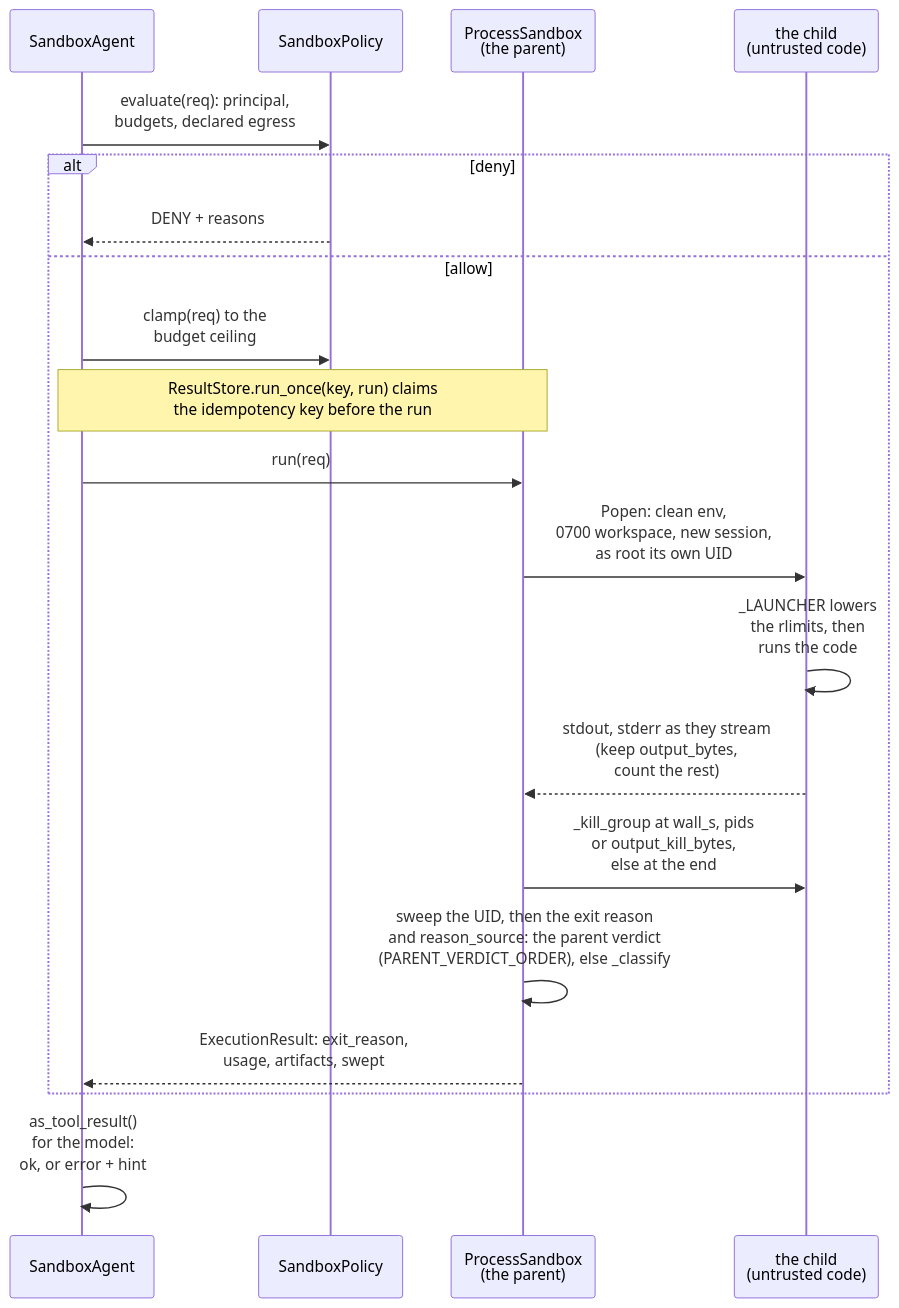
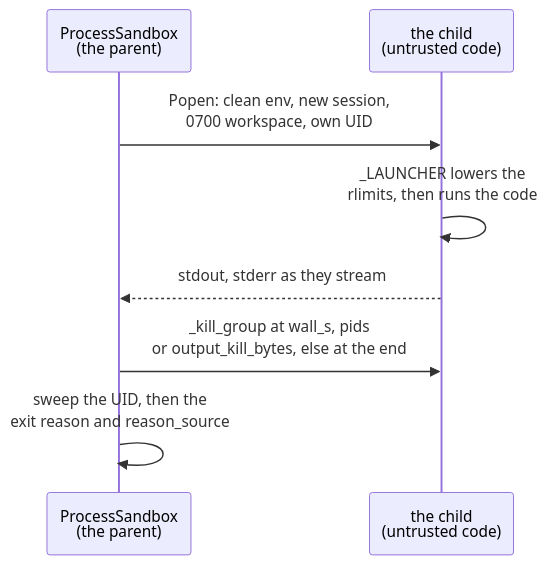
One commit to aniryou/full-stack-agentic-engineer changed the fourth of 4 diagrams in 07-application-agent-framework/sandboxed-execution/PRIMER.md. Above: the diagram before and after it, drawn with Mermaid. The commit also changed other lines of this file and 633 other files, not shown here.

First line of the commit message:
Accessible language and one-screen figures, part 1: every figure fits a screen, the STE second pass over the layers (#53)

````diff
--- a/07-application-agent-framework/sandboxed-execution/PRIMER.md
+++ b/07-application-agent-framework/sandboxed-execution/PRIMER.md
@@ -261,22 +279,10 @@
 ```mermaid
 sequenceDiagram
-    participant A as SandboxAgent
-    participant P as SandboxPolicy
     participant S as ProcessSandbox<br/>(the parent)
     participant C as the child<br/>(untrusted code)
-    A->>P: evaluate(req): principal,<br/>budgets, declared egress
-    alt deny
-        P-->>A: DENY + reasons
-    else allow
-        A->>P: clamp(req) to the<br/>budget ceiling
-        Note over A,S: ResultStore.run_once(key, run) claims<br/>the idempotency key before the run
-        A->>S: run(req)
-        S->>C: Popen: clean env,<br/>0700 workspace, new session,<br/>as root its own UID
-        C->>C: _LAUNCHER lowers<br/>the rlimits, then<br/>runs the code
-        C-->>S: stdout, stderr as they stream<br/>(keep output_bytes,<br/>count the rest)
-        S->>C: _kill_group at wall_s, pids<br/>or output_kill_bytes,<br/>else at the end
-        S->>S: sweep the UID, then the exit reason<br/>and reason_source: the parent verdict<br/>(PARENT_VERDICT_ORDER), else _classify
-        S-->>A: ExecutionResult: exit_reason,<br/>usage, artifacts, swept
-    end
-    A->>A: as_tool_result()<br/>for the model:<br/>ok, or error + hint
+    S->>C: Popen: clean env, new session,<br/>0700 workspace, own UID
+    C->>C: _LAUNCHER lowers the<br/>rlimits, then runs the code
+    C-->>S: stdout, stderr as they stream
+    S->>C: _kill_group at wall_s, pids<br/>or output_kill_bytes, else at the end
+    S->>S: sweep the UID, then the<br/>exit reason and reason_source
 ```
````
